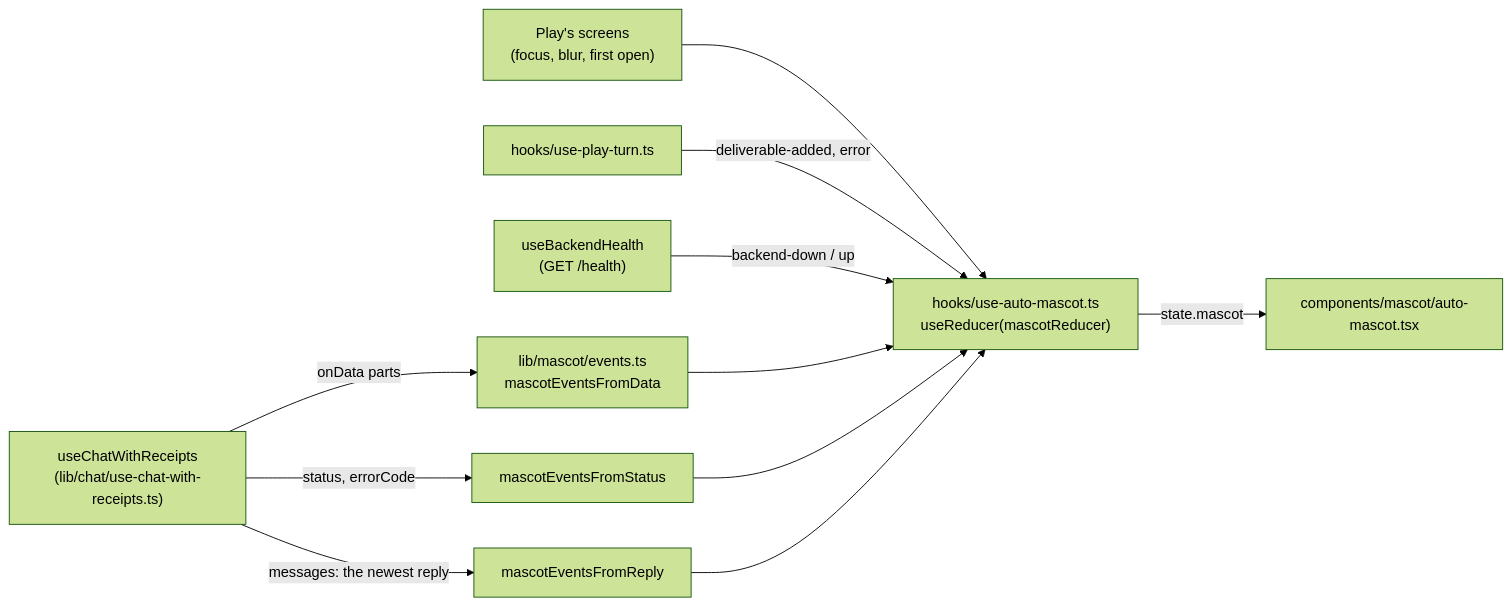
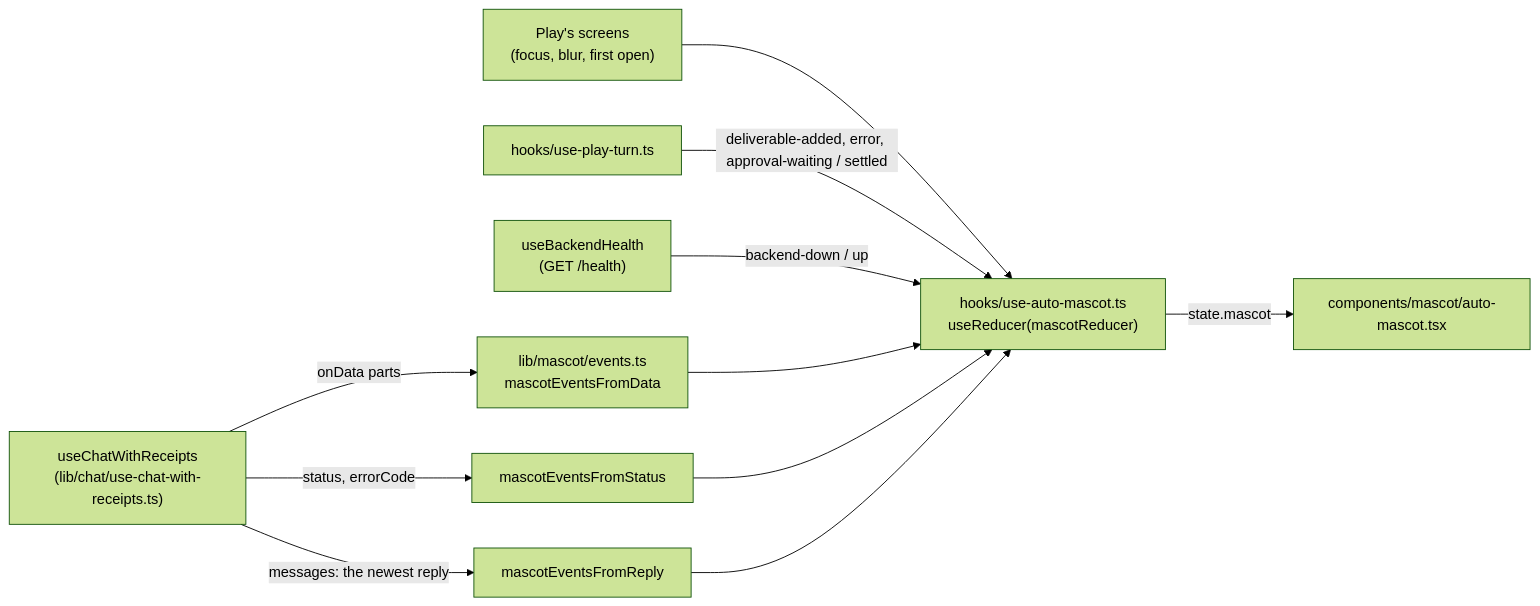
Before and after one commit to AutomatosAI/automatos-ai: the second of 2 diagrams in docs/frontend-architecture/play-theme.md, drawn with Mermaid (forest theme). The commit also changed other lines of this file and 15 other files, not shown here.

````diff
--- a/docs/frontend-architecture/play-theme.md
+++ b/docs/frontend-architecture/play-theme.md
@@ -333,13 +333,13 @@
 ```mermaid
 graph LR
     Chat["useChatWithReceipts<br/>(lib/chat/use-chat-with-receipts.ts)"] -->|"onData parts"| Events["lib/mascot/events.ts<br/>mascotEventsFromData"]
     Chat -->|"status, errorCode"| Status["mascotEventsFromStatus"]
     Chat -->|"messages: the newest reply"| Reply["mascotEventsFromReply"]
     Page["Play's screens<br/>(focus, blur, first open)"] --> Driver
-    Turn["hooks/use-play-turn.ts"] -->|"deliverable-added, error"| Driver
+    Turn["hooks/use-play-turn.ts"] -->|"deliverable-added, error, approval-waiting / settled"| Driver
     Health["useBackendHealth<br/>(GET /health)"] -->|"backend-down / up"| Driver
     Events --> Driver["hooks/use-auto-mascot.ts<br/>useReducer(mascotReducer)"]
     Status --> Driver
     Reply --> Driver
     Driver -->|"state.mascot"| View["components/mascot/auto-mascot.tsx"]
 ```
````
